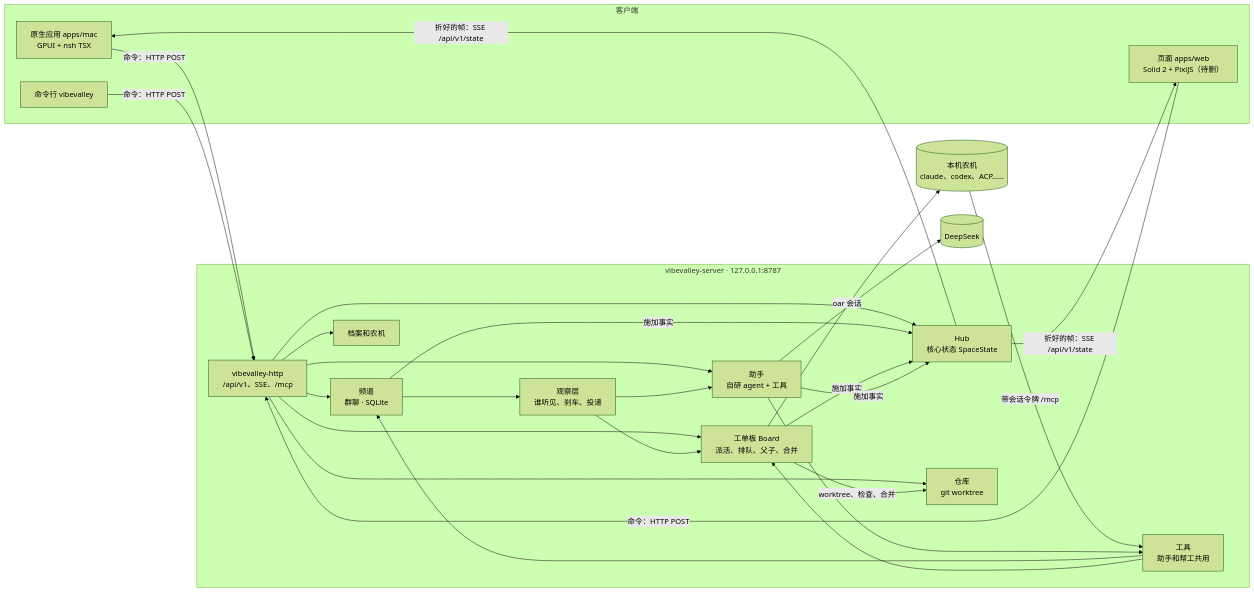
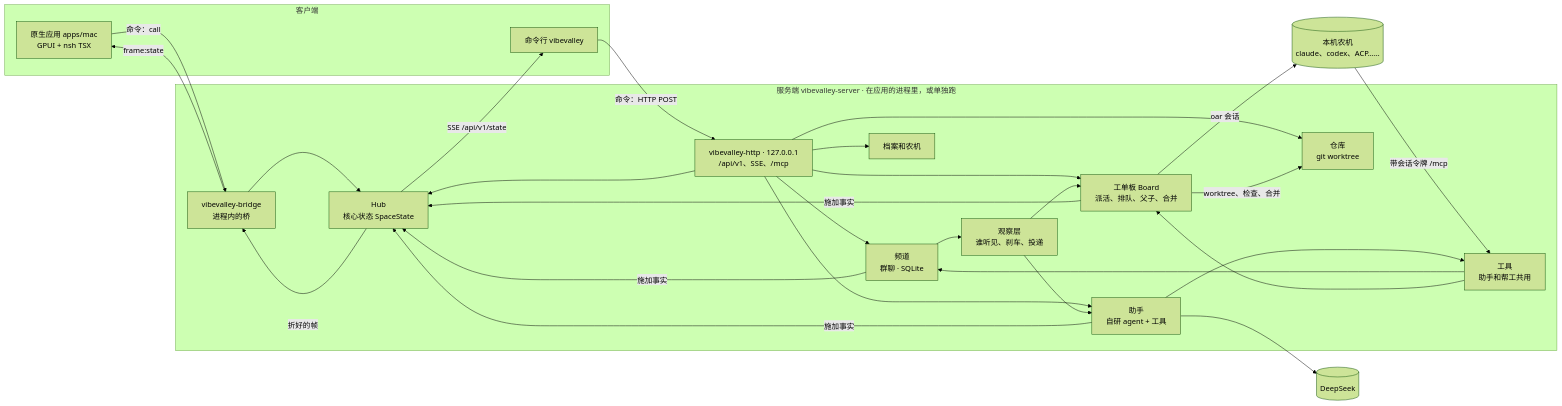
The diagram in docs/architecture.md (vibevalleyhq/vibevalley), drawn with Mermaid (forest theme) before and after one commit. The commit also changed other lines of this file and 17 other files, not shown here.

Commit message:
Subsystem, architecture and development docs describe the native app; the LAN and user docs are gone

````diff
--- a/docs/architecture.md
+++ b/docs/architecture.md
@@ -5,37 +5,39 @@
 ```mermaid
 flowchart LR
   subgraph Clients[客户端]
     MAC[原生应用 apps/mac<br/>GPUI + nsh TSX]
-    WEB[页面 apps/web<br/>Solid 2 + PixiJS（待删）]
     CLI[命令行 vibevalley]
   end
 
-  subgraph Server[vibevalley-server · 127.0.0.1:8787]
-    HTTP[vibevalley-http<br/>/api/v1、SSE、/mcp]
+  subgraph Server[服务端 vibevalley-server · 在应用的进程里，或单独跑]
+    BRIDGE[vibevalley-bridge<br/>进程内的桥]
+    HTTP[vibevalley-http · 127.0.0.1<br/>/api/v1、SSE、/mcp]
     HUB[Hub<br/>核心状态 SpaceState]
     FM[助手<br/>自研 agent + 工具]
     CHAT[频道<br/>群聊 · SQLite]
     TK[工单板 Board<br/>派活、排队、父子、合并]
     WATCH[观察层<br/>谁听见、刹车、投递]
     PRJ[仓库<br/>git worktree]
     RT[档案和农机]
     TOOL[工具<br/>助手和帮工共用]
   end
 
   AGENTS[(本机农机<br/>claude、codex、ACP……)]
   DS[(DeepSeek)]
 
-  MAC & WEB & CLI -->|命令：HTTP POST| HTTP
-  HUB -->|折好的帧：SSE /api/v1/state| MAC & WEB
-  HTTP --> HUB
+  MAC -->|命令：call| BRIDGE
+  CLI -->|命令：HTTP POST| HTTP
+  HUB -->|折好的帧| BRIDGE -->|frame:state| MAC
+  HUB -->|SSE /api/v1/state| CLI
+  BRIDGE & HTTP --> HUB
   HTTP --> CHAT & FM & TK & PRJ & RT
   CHAT --> WATCH
   WATCH --> TK & FM
   TK -->|oar 会话| AGENTS
   AGENTS -->|带会话令牌 /mcp| TOOL
   FM --> TOOL
   TOOL --> CHAT & TK
   TK -->|worktree、检查、合并| PRJ
   FM --> DS
   CHAT & TK & FM -->|施加事实| HUB
 ```
````
